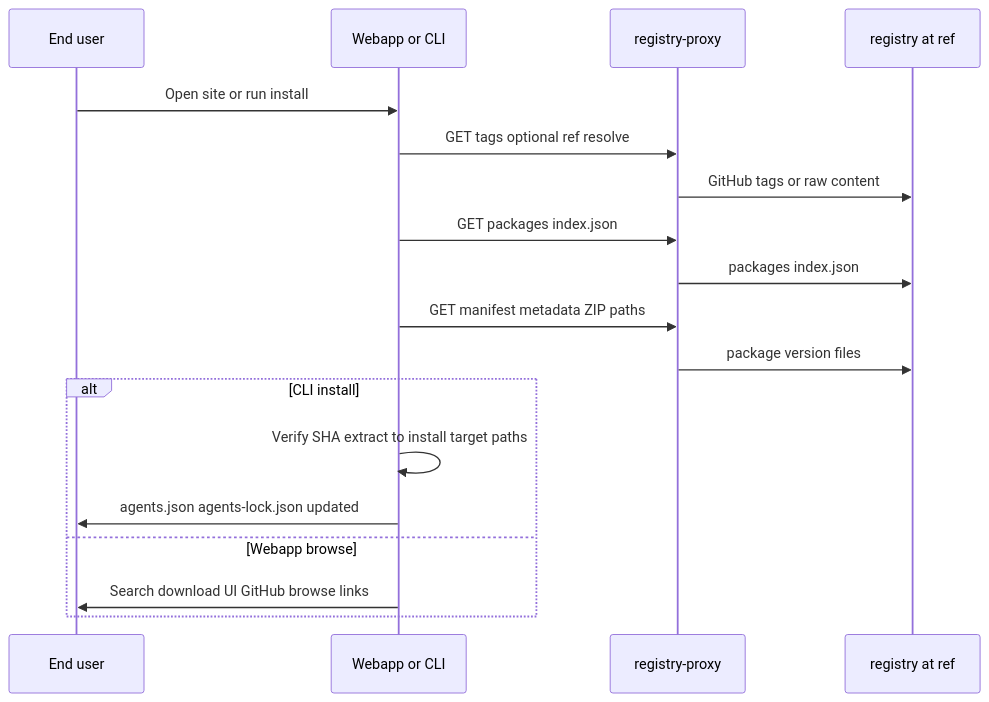
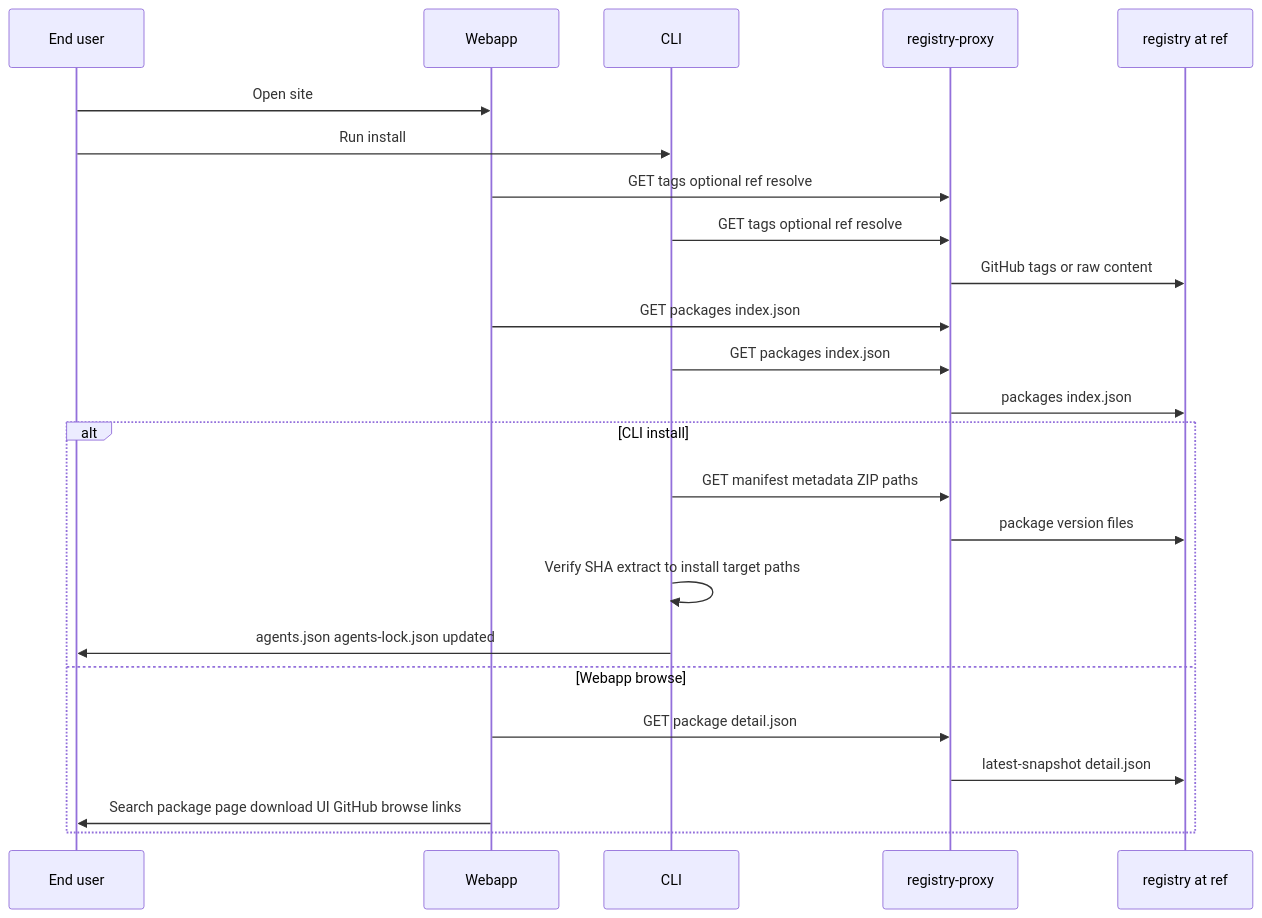
One commit to agents-repo/.github changed the third of 4 diagrams in docs/ecosystem.md. Above: the diagram before and after it, drawn with Mermaid. The commit also changed other lines of this file, not shown here.

Commit message:
docs: split webapp detail.json vs CLI catalog fetch

````diff
--- a/docs/ecosystem.md
+++ b/docs/ecosystem.md
@@ -127,21 +131,27 @@
 ```mermaid
 sequenceDiagram
   participant U as End user
-  participant W as Webapp or CLI
+  participant Site as Webapp
+  participant Cli as CLI
   participant P as registry-proxy
   participant Reg as registry at ref
 
-  U->>W: Open site or run install
-  W->>P: GET tags optional ref resolve
+  U->>Site: Open site
+  U->>Cli: Run install
+  Site->>P: GET tags optional ref resolve
+  Cli->>P: GET tags optional ref resolve
   P->>Reg: GitHub tags or raw content
-  W->>P: GET packages index.json
+  Site->>P: GET packages index.json
+  Cli->>P: GET packages index.json
   P->>Reg: packages index.json
-  W->>P: GET manifest metadata ZIP paths
-  P->>Reg: package version files
   alt CLI install
-    W->>W: Verify SHA extract to install target paths
-    W->>U: agents.json agents-lock.json updated
+    Cli->>P: GET manifest metadata ZIP paths
+    P->>Reg: package version files
+    Cli->>Cli: Verify SHA extract to install target paths
+    Cli->>U: agents.json agents-lock.json updated
   else Webapp browse
-    W->>U: Search download UI GitHub browse links
+    Site->>P: GET package detail.json
+    P->>Reg: latest-snapshot detail.json
+    Site->>U: Search package page download UI GitHub browse links
   end
 ```
````
